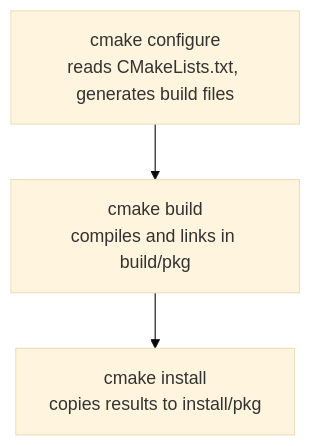
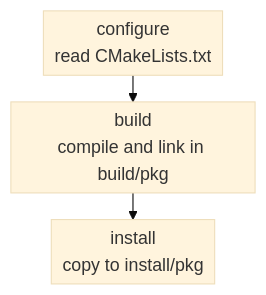
One commit to PouceHeure/blog changed the second of 3 diagrams in content/blog/ros2-build-system.md. Above: the diagram before and after it, drawn with Mermaid (base theme). The commit also changed other lines of this file and 1 other file, not shown here.

First line of the commit message:
Article colcon/ament: diagrammes Mermaid compacts, correctifs mobile

```diff
--- a/content/blog/ros2-build-system.md
+++ b/content/blog/ros2-build-system.md
@@ -130,5 +131,6 @@
 {{< mermaid caption="The three phases for each <code>ament_cmake</code> package." >}}
+%%{init: {"flowchart": {"rankSpacing": 24, "nodeSpacing": 20, "padding": 5}}}%%
 flowchart TB
-  C1["cmake configure<br/>reads CMakeLists.txt, generates build files"] --> C2["cmake build<br/>compiles and links in build/pkg"]
-  C2 --> C3["cmake install<br/>copies results to install/pkg"]
+  C1["configure<br/>read CMakeLists.txt"] --> C2["build<br/>compile and link in build/pkg"]
+  C2 --> C3["install<br/>copy to install/pkg"]
 {{< /mermaid >}}
```
